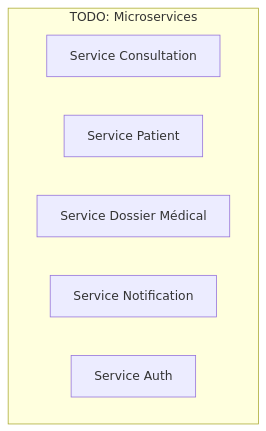
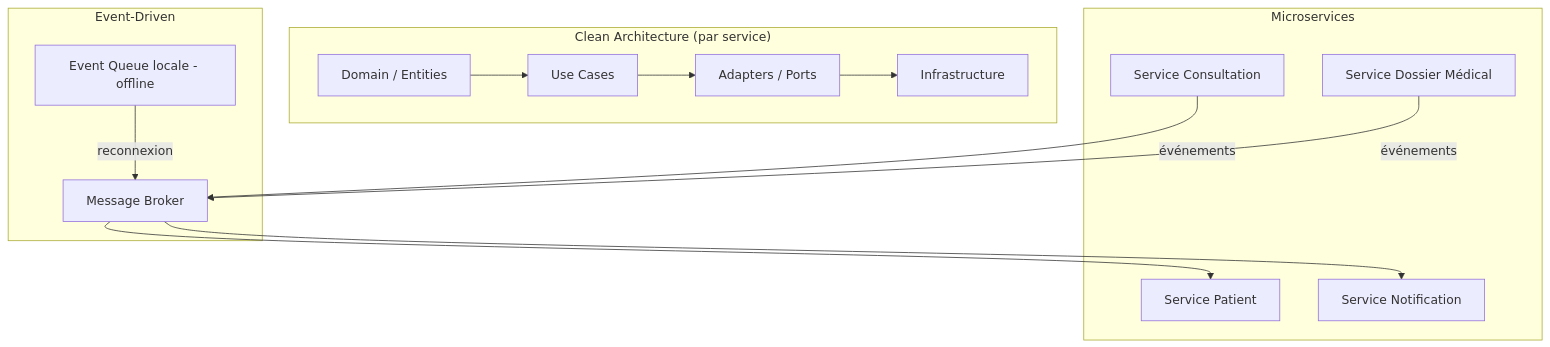
Before and after one commit to benoit-bremaud/eval-archi-healthruralnet: the second of 5 diagrams in docs/part2-architecture-proposal.md, drawn with Mermaid. The commit also changed other lines of this file, not shown here.

First line of the commit message:
docs(part2): architecture styles, global diagram, comparative analysis, microservices and offline strategy (#59)

````diff
--- a/docs/part2-architecture-proposal.md
+++ b/docs/part2-architecture-proposal.md
@@ -64,10 +174,28 @@
 ```mermaid
 graph TB
-    subgraph "TODO: Microservices"
-        A[Service Consultation]
-        B[Service Patient]
-        C[Service Dossier Médical]
-        D[Service Notification]
-        E[Service Auth]
+    subgraph "Clean Architecture (par service)"
+        D[Domain / Entities]
+        U[Use Cases]
+        A[Adapters / Ports]
+        I[Infrastructure]
+        D --> U --> A --> I
     end
+
+    subgraph "Microservices"
+        S1[Service Consultation]
+        S2[Service Dossier Médical]
+        S3[Service Patient]
+        S4[Service Notification]
+    end
+
+    subgraph "Event-Driven"
+        MB[Message Broker]
+        EQ[Event Queue locale - offline]
+    end
+
+    S1 -->|événements| MB
+    S2 -->|événements| MB
+    MB --> S3
+    MB --> S4
+    EQ -->|reconnexion| MB
 ```
````
